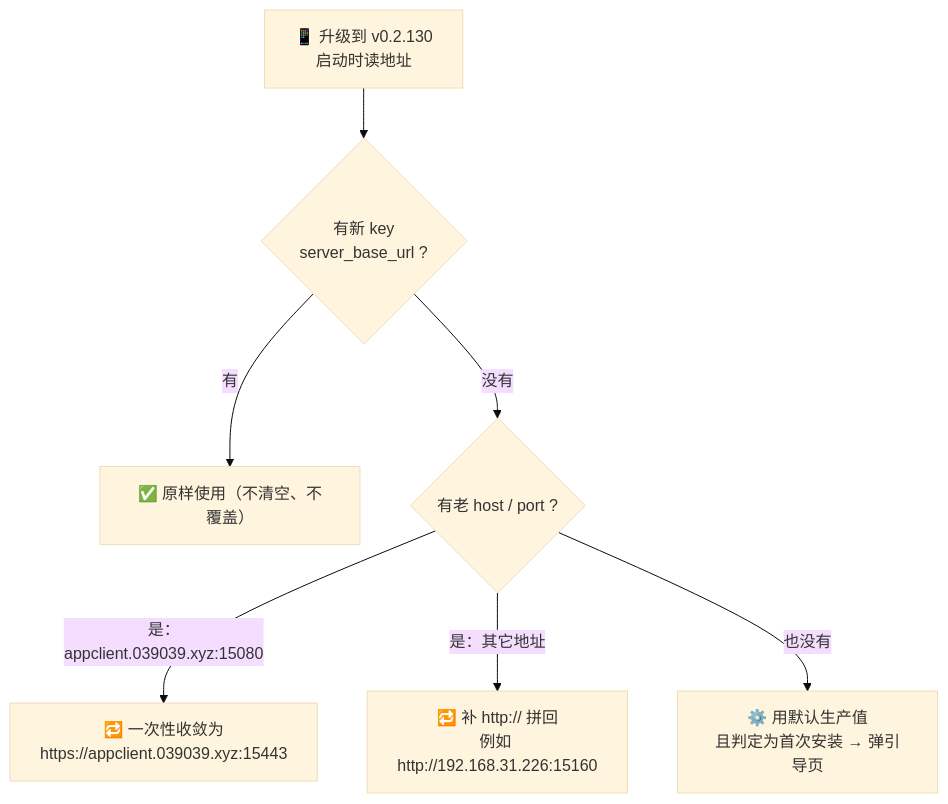
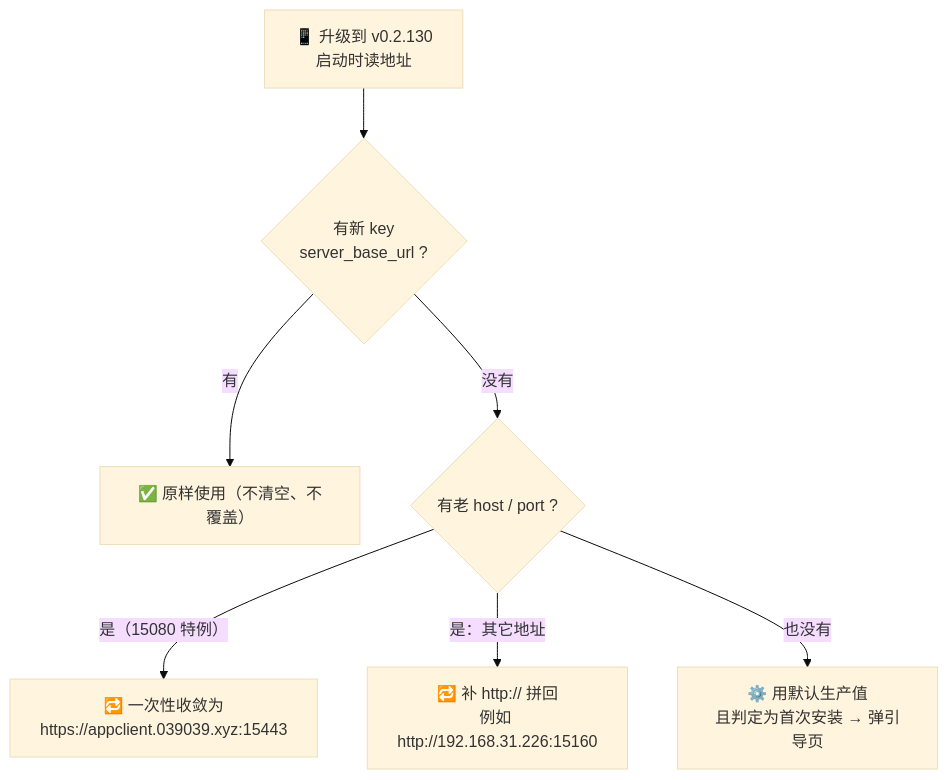
Before and after one commit to qwe159357890/bridge: the third of 3 diagrams in docs/admin/environment-matrix.md, drawn with Mermaid (base theme). The commit also changed other lines of this file, not shown here.

Commit message:
docs: 环境对照表措辞与图标签微调

````diff
--- a/docs/admin/environment-matrix.md
+++ b/docs/admin/environment-matrix.md
@@ -128,9 +128,9 @@
 ```mermaid
 flowchart TD
   S["📱 升级到 v0.2.130<br/>启动时读地址"] --> Q{"有新 key<br/>server_base_url ?"}
   Q -->|有| U["✅ 原样使用（不清空、不覆盖）"]
   Q -->|没有| R{"有老 host / port ?"}
-  R -->|是：appclient.039039.xyz:15080| M["🔁 一次性收敛为<br/>https://appclient.039039.xyz:15443"]
+  R -->|是（15080 特例）| M["🔁 一次性收敛为<br/>https://appclient.039039.xyz:15443"]
   R -->|是：其它地址| L["🔁 补 http:// 拼回<br/>例如 http://192.168.31.226:15160"]
   R -->|也没有| D["⚙️ 用默认生产值<br/>且判定为首次安装 → 弹引导页"]
 ```
````
